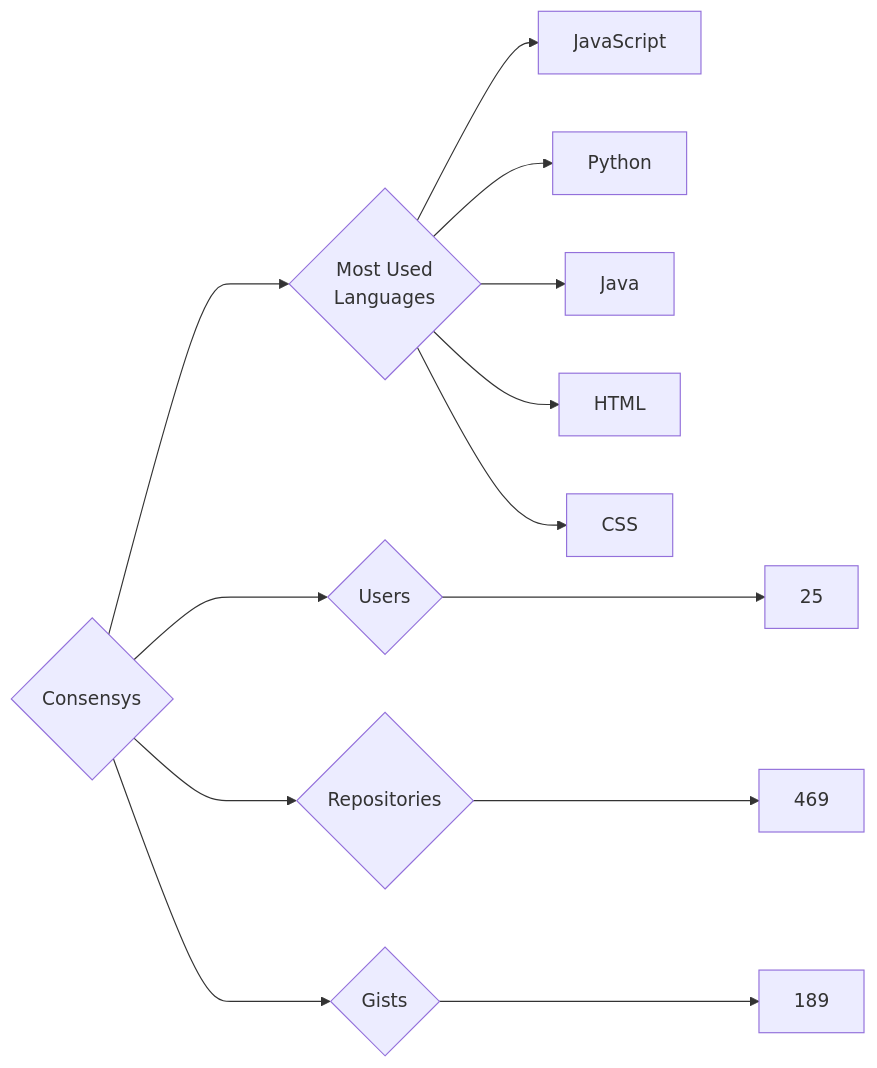
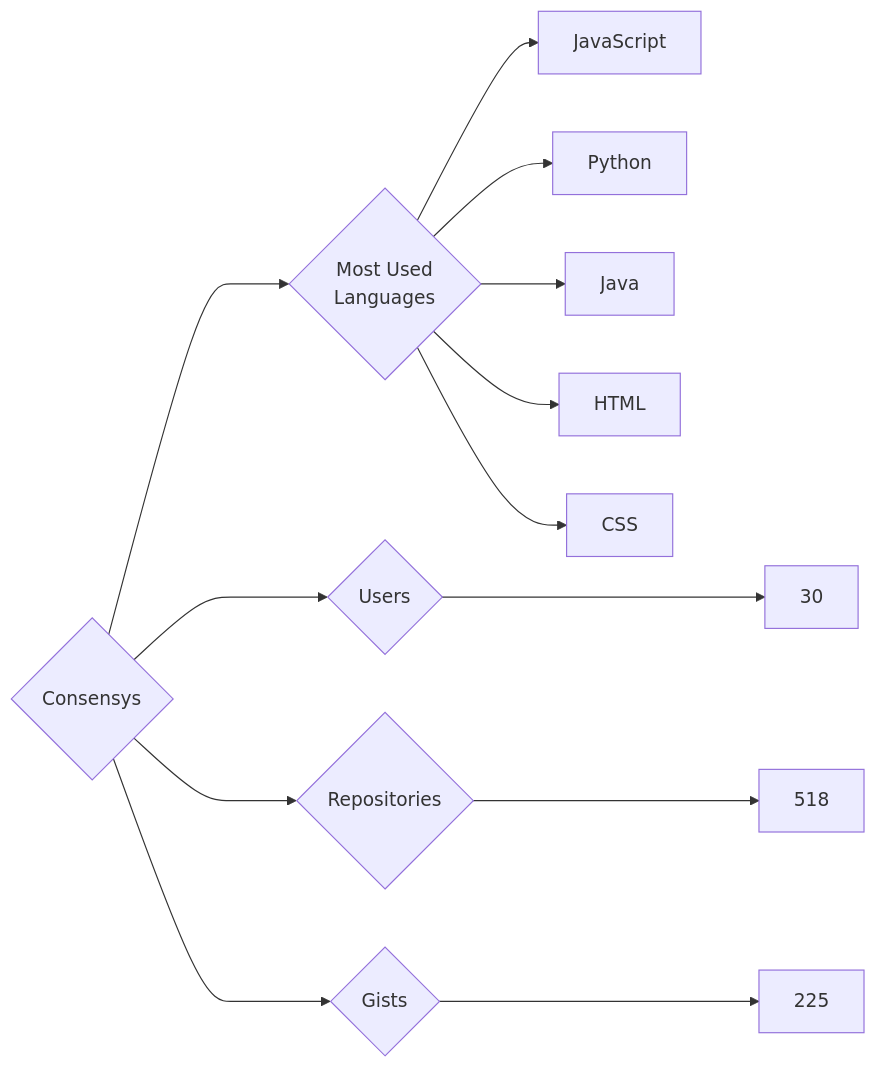
One commit to trickest/insiders changed the diagram in targets/Consensys/README.md. Above: the diagram before and after it, drawn with Mermaid. The commit also changed 1238 other files, not shown here.

````diff
--- a/targets/Consensys/README.md
+++ b/targets/Consensys/README.md
@@ -3,13 +3,13 @@
 ```mermaid
 graph LR
 COMPANY_NAME{Consensys}
-COMPANY_NAME ---> U{Users} ---> UN[25]
-COMPANY_NAME ---> R{Repositories} ---> RN[469]
-COMPANY_NAME ---> G{Gists} ---> GN[189]
+COMPANY_NAME ---> U{Users} ---> UN[30]
+COMPANY_NAME ---> R{Repositories} ---> RN[518]
+COMPANY_NAME ---> G{Gists} ---> GN[225]
 COMPANY_NAME ---> ML{Most Used<br>Languages}
 ML --> JavaScript[JavaScript]
 ML --> Python[Python]
 ML --> Java[Java]
 ML --> HTML[HTML]
 ML --> CSS[CSS]
 ```
````
